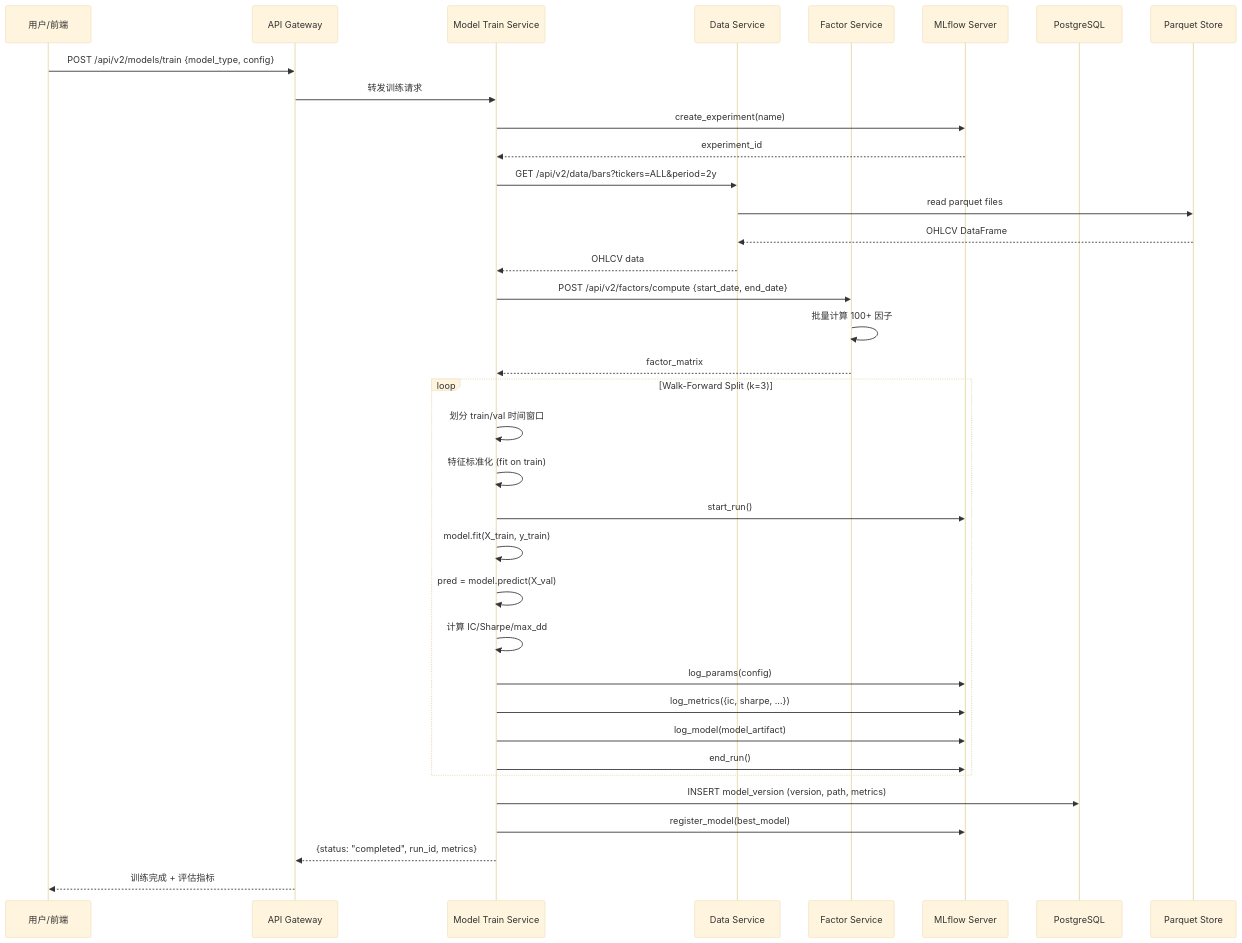
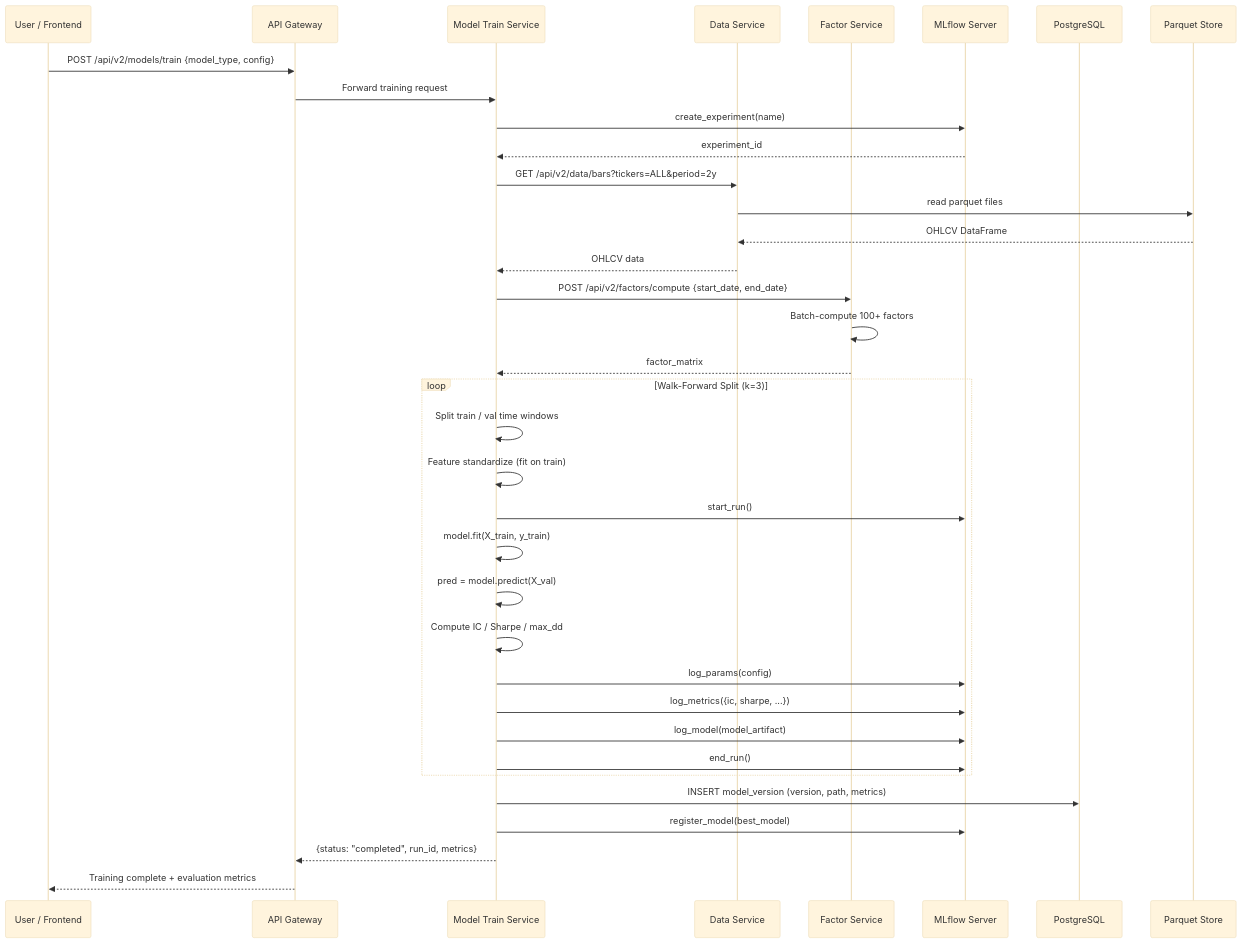
One commit to AndrewMa1992/quant-ai-trader changed the third of 6 diagrams in docs/ARCHITECTURE-v2.md. Above: the diagram before and after it, drawn with Mermaid (base theme). The commit also changed other lines of this file and 130 other files, not shown here.

````diff
--- a/docs/ARCHITECTURE-v2.md
+++ b/docs/ARCHITECTURE-v2.md
@@ -804,45 +804,45 @@
 ```mermaid
 sequenceDiagram
-    participant User as 用户/前端
+    participant User as User / Frontend
     participant GW as API Gateway
     participant Train as Model Train Service
     participant Data as Data Service
     participant Factor as Factor Service
     participant MLflow as MLflow Server
     participant PG as PostgreSQL
     participant Disk as Parquet Store
 
     User->>GW: POST /api/v2/models/train {model_type, config}
-    GW->>Train: 转发训练请求
+    GW->>Train: Forward training request
     Train->>MLflow: create_experiment(name)
     MLflow-->>Train: experiment_id
     
     Train->>Data: GET /api/v2/data/bars?tickers=ALL&period=2y
     Data->>Disk: read parquet files
     Disk-->>Data: OHLCV DataFrame
     Data-->>Train: OHLCV data
     
     Train->>Factor: POST /api/v2/factors/compute {start_date, end_date}
-    Factor->>Factor: 批量计算 100+ 因子
+    Factor->>Factor: Batch-compute 100+ factors
     Factor-->>Train: factor_matrix
     
     loop Walk-Forward Split (k=3)
-        Train->>Train: 划分 train/val 时间窗口
-        Train->>Train: 特征标准化 (fit on train)
+        Train->>Train: Split train / val time windows
+        Train->>Train: Feature standardize (fit on train)
         Train->>MLflow: start_run()
         
         Train->>Train: model.fit(X_train, y_train)
         Train->>Train: pred = model.predict(X_val)
-        Train->>Train: 计算 IC/Sharpe/max_dd
+        Train->>Train: Compute IC / Sharpe / max_dd
         
         Train->>MLflow: log_params(config)
         Train->>MLflow: log_metrics({ic, sharpe, ...})
         Train->>MLflow: log_model(model_artifact)
         Train->>MLflow: end_run()
     end
     
     Train->>PG: INSERT model_version (version, path, metrics)
     Train->>MLflow: register_model(best_model)
     Train-->>GW: {status: "completed", run_id, metrics}
-    GW-->>User: 训练完成 + 评估指标
+    GW-->>User: Training complete + evaluation metrics
 ```
````
